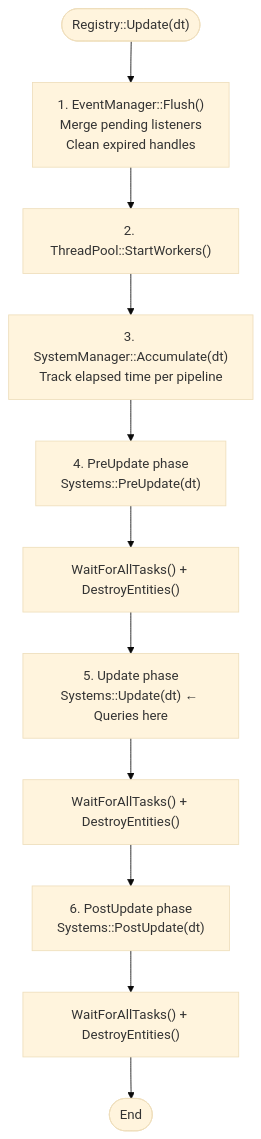
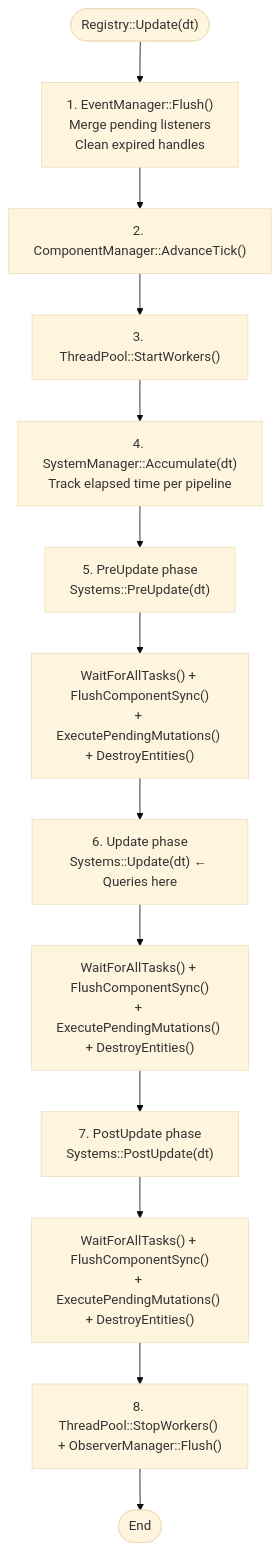
The diagram in docs/api/scene.md (gilmar-sales/Freyr), drawn with Mermaid (base theme) before and after one commit. The commit also changed other lines of this file and 20 other files, not shown here.

````diff
--- a/docs/api/scene.md
+++ b/docs/api/scene.md
@@ -351,16 +362,18 @@
 ```mermaid
 graph TB
     START(["Registry::Update(dt)"])
     FLUSH["1. EventManager::Flush()<br/>Merge pending listeners<br/>Clean expired handles"]
-    WORKERS["2. ThreadPool::StartWorkers()"]
-    ACCUM["3. SystemManager::Accumulate(dt)<br/>Track elapsed time per pipeline"]
-    PRE["4. PreUpdate phase<br/>Systems::PreUpdate(dt)"]
-    PRE_WAIT["WaitForAllTasks() + DestroyEntities()"]
-    UPD["5. Update phase<br/>Systems::Update(dt) ← Queries here"]
-    UPD_WAIT["WaitForAllTasks() + DestroyEntities()"]
-    POST["6. PostUpdate phase<br/>Systems::PostUpdate(dt)"]
-    POST_WAIT["WaitForAllTasks() + DestroyEntities()"]
+    TICK["2. ComponentManager::AdvanceTick()"]
+    WORKERS["3. ThreadPool::StartWorkers()"]
+    ACCUM["4. SystemManager::Accumulate(dt)<br/>Track elapsed time per pipeline"]
+    PRE["5. PreUpdate phase<br/>Systems::PreUpdate(dt)"]
+    PRE_WAIT["WaitForAllTasks() + FlushComponentSync()<br/>+ ExecutePendingMutations() + DestroyEntities()"]
+    UPD["6. Update phase<br/>Systems::Update(dt) ← Queries here"]
+    UPD_WAIT["WaitForAllTasks() + FlushComponentSync()<br/>+ ExecutePendingMutations() + DestroyEntities()"]
+    POST["7. PostUpdate phase<br/>Systems::PostUpdate(dt)"]
+    POST_WAIT["WaitForAllTasks() + FlushComponentSync()<br/>+ ExecutePendingMutations() + DestroyEntities()"]
+    OBS["8. ThreadPool::StopWorkers() + ObserverManager::Flush()"]
     FINISH(["End"])
 
-    START --> FLUSH --> WORKERS --> ACCUM --> PRE --> PRE_WAIT --> UPD --> UPD_WAIT --> POST --> POST_WAIT --> FINISH
+    START --> FLUSH --> TICK --> WORKERS --> ACCUM --> PRE --> PRE_WAIT --> UPD --> UPD_WAIT --> POST --> POST_WAIT --> OBS --> FINISH
 ```
````
